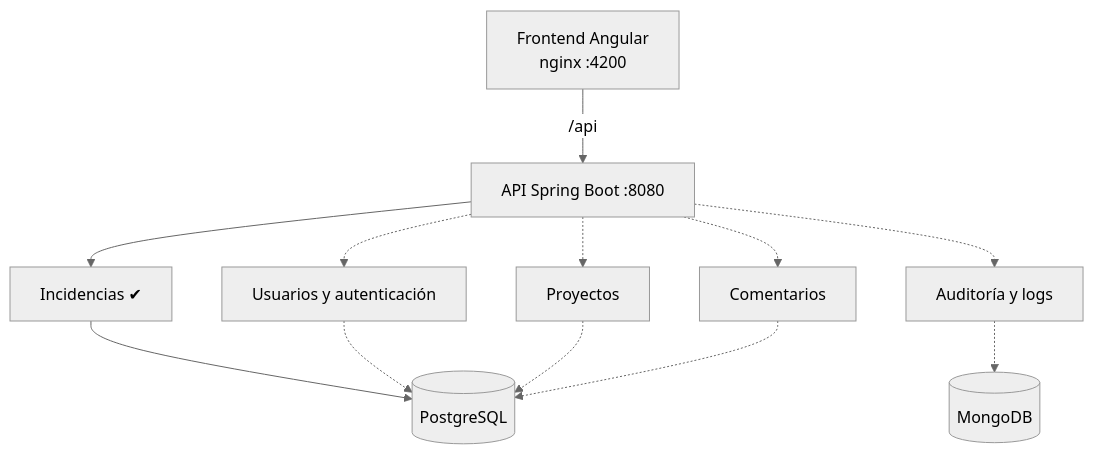
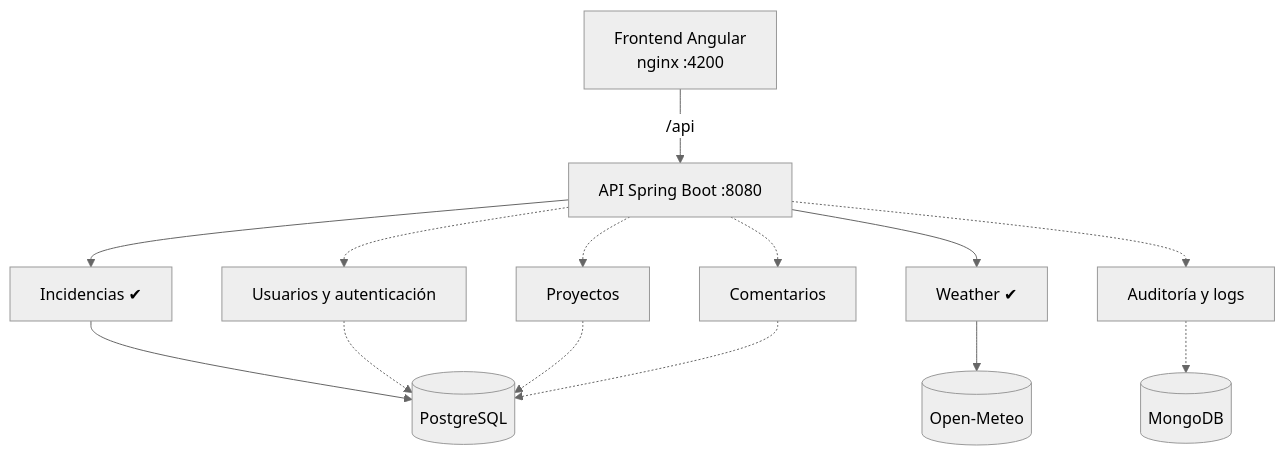
One commit to poravv/mini-jira changed the diagram in docs/ARCHITECTURE.md. Above: the diagram before and after it, drawn with Mermaid (neutral theme). The commit also changed other lines of this file and 6 other files, not shown here.

````diff
--- a/docs/ARCHITECTURE.md
+++ b/docs/ARCHITECTURE.md
@@ -7,14 +7,16 @@
 ```mermaid
 flowchart TD
     FE[Frontend Angular<br/>nginx :4200] -->|/api| API[API Spring Boot :8080]
     API --> INC[Incidencias ✔]
+    API --> WE[Weather ✔]
     API -.-> US[Usuarios y autenticación]
     API -.-> PR[Proyectos]
     API -.-> CO[Comentarios]
     API -.-> AU[Auditoría y logs]
     INC --> PG[(PostgreSQL)]
     US -.-> PG
     PR -.-> PG
     CO -.-> PG
     AU -.-> MG[(MongoDB)]
+    WE --> OM[(Open-Meteo)]
 ```
````
